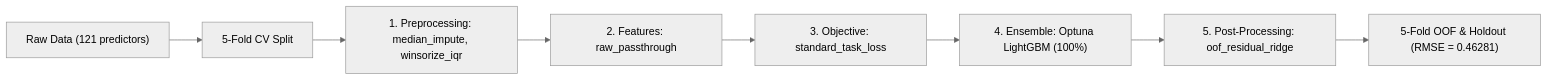
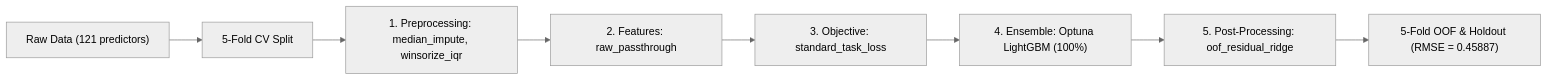
One commit to stefanoclss/UM-Game-Playing-Strength-of-MCTS-Variants changed the diagram in README.md. Above: the diagram before and after it, drawn with Mermaid (neutral theme). The commit also changed other lines of this file, not shown here.

First line of the commit message:
docs(readme): refresh verified OOF benchmark & build ledger (RMSE=0.45887)

````diff
--- a/README.md
+++ b/README.md
@@ -71,10 +72,10 @@
 ```mermaid
 flowchart LR
     DATA["Raw Data (121 predictors)"] --> SPLIT["5-Fold CV Split"]
     SPLIT --> PRE["1. Preprocessing: median_impute, winsorize_iqr"]
     PRE --> FEAT["2. Features: raw_passthrough"]
     FEAT --> OBJ["3. Objective: standard_task_loss"]
     OBJ --> M0["4. Ensemble: Optuna LightGBM (100%)"]
     M0 --> POST["5. Post-Processing: oof_residual_ridge"]
-    POST --> OUT["5-Fold OOF & Holdout (RMSE = 0.46281)"]
+    POST --> OUT["5-Fold OOF & Holdout (RMSE = 0.45887)"]
 ```
````
